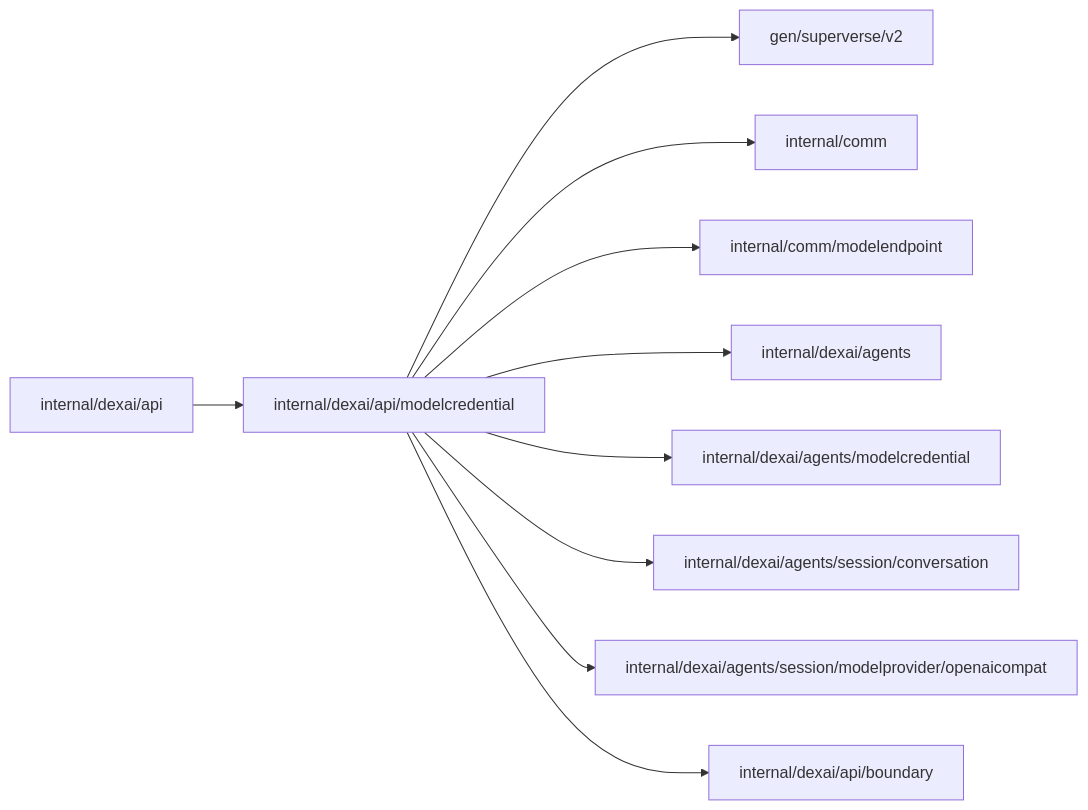
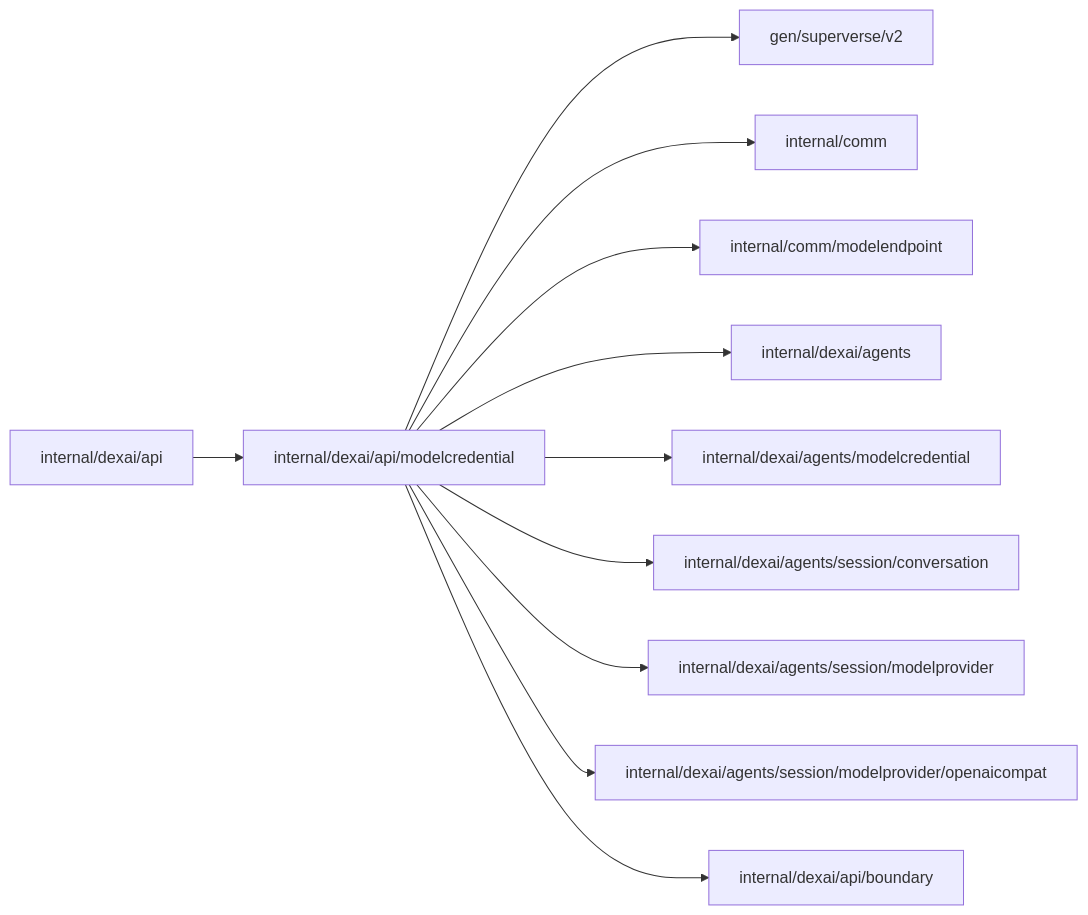
The diagram in internal/dexai/api/modelcredential/README.md (superdurable/superverse), drawn with Mermaid before and after one commit. The commit also changed other lines of this file and 38 other files, not shown here.

````diff
--- a/internal/dexai/api/modelcredential/README.md
+++ b/internal/dexai/api/modelcredential/README.md
@@ -10,13 +10,14 @@
 ```mermaid
 flowchart LR
   self["internal/dexai/api/modelcredential"]
   c0["internal/dexai/api"] --> self
   self --> d0["gen/superverse/v2"]
   self --> d1["internal/comm"]
   self --> d2["internal/comm/modelendpoint"]
   self --> d3["internal/dexai/agents"]
   self --> d4["internal/dexai/agents/modelcredential"]
   self --> d5["internal/dexai/agents/session/conversation"]
-  self --> d6["internal/dexai/agents/session/modelprovider/openaicompat"]
-  self --> d7["internal/dexai/api/boundary"]
+  self --> d6["internal/dexai/agents/session/modelprovider"]
+  self --> d7["internal/dexai/agents/session/modelprovider/openaicompat"]
+  self --> d8["internal/dexai/api/boundary"]
 ```
````
